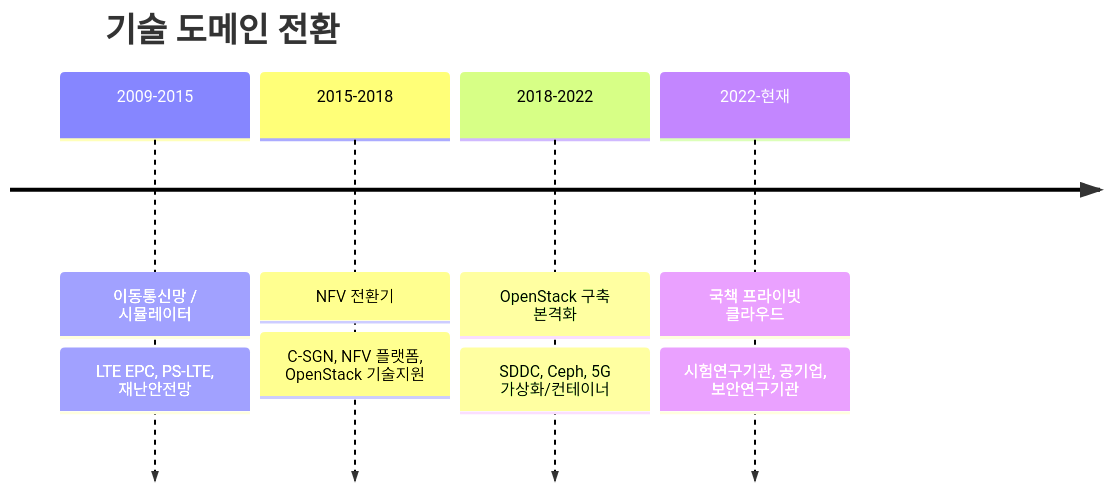
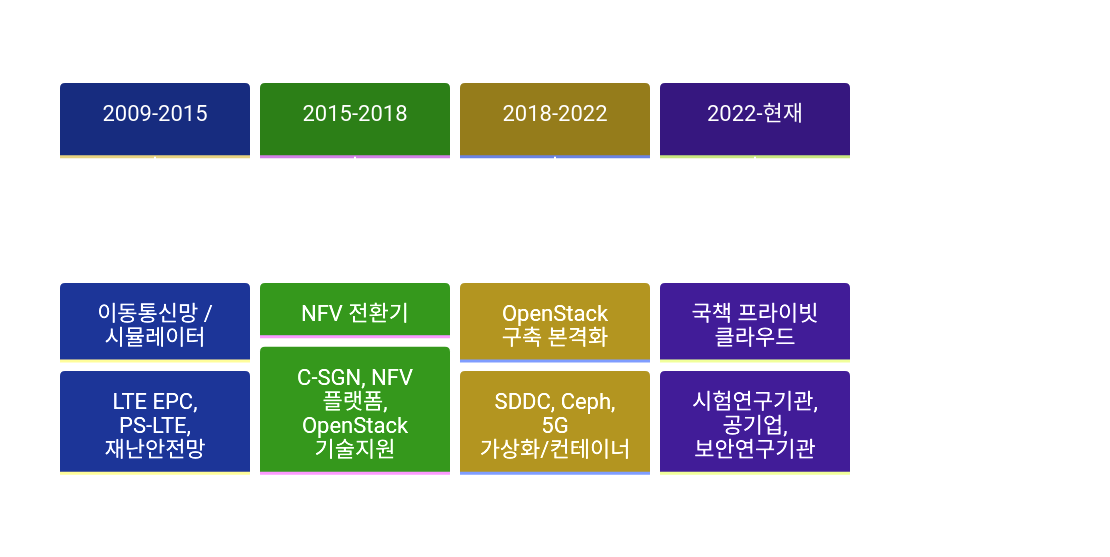
Before and after one commit to hkjeon/pf-mkdocs: the diagram in docs/about/career.md, drawn with Mermaid.

Commit message:
docs: 도메인 전환 궤적 다이어그램 가독성 개선 (폰트/색상 대비 강화)

````diff
--- a/docs/about/career.md
+++ b/docs/about/career.md
@@ -7,12 +7,13 @@
 ```mermaid
+%%{init: {'theme':'base', 'themeVariables': {'fontSize':'22px','primaryColor':'#3b5bdb','primaryTextColor':'#ffffff','primaryBorderColor':'#1c3d8f','lineColor':'#495057'}}}%%
 timeline
     title 기술 도메인 전환
     2009-2015 : 이동통신망 / 시뮬레이터
               : LTE EPC, PS-LTE, 재난안전망
     2015-2018 : NFV 전환기
               : C-SGN, NFV 플랫폼, OpenStack 기술지원
     2018-2022 : OpenStack 구축 본격화
               : SDDC, Ceph, 5G 가상화/컨테이너
     2022-현재  : 국책 프라이빗 클라우드
               : 시험연구기관, 공기업, 보안연구기관
 ```
````
